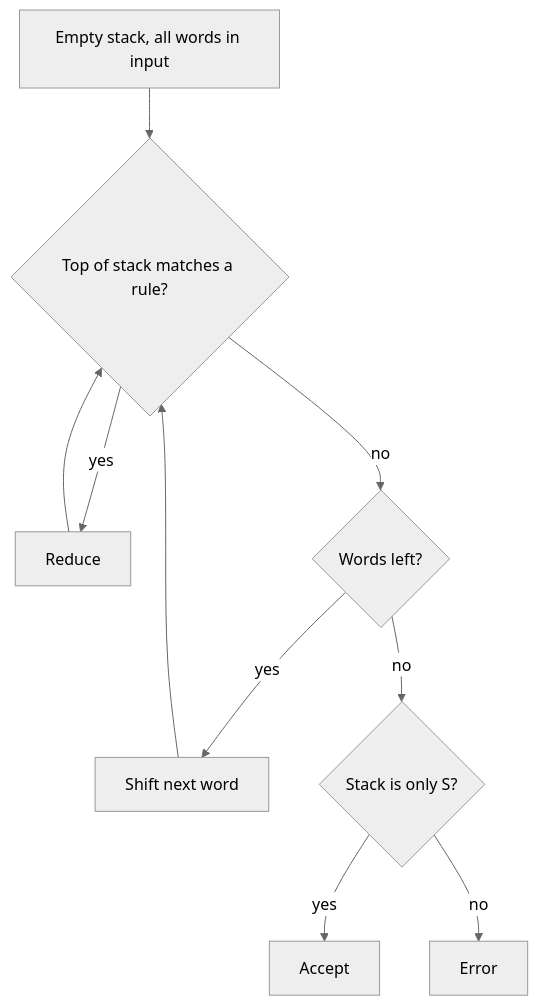
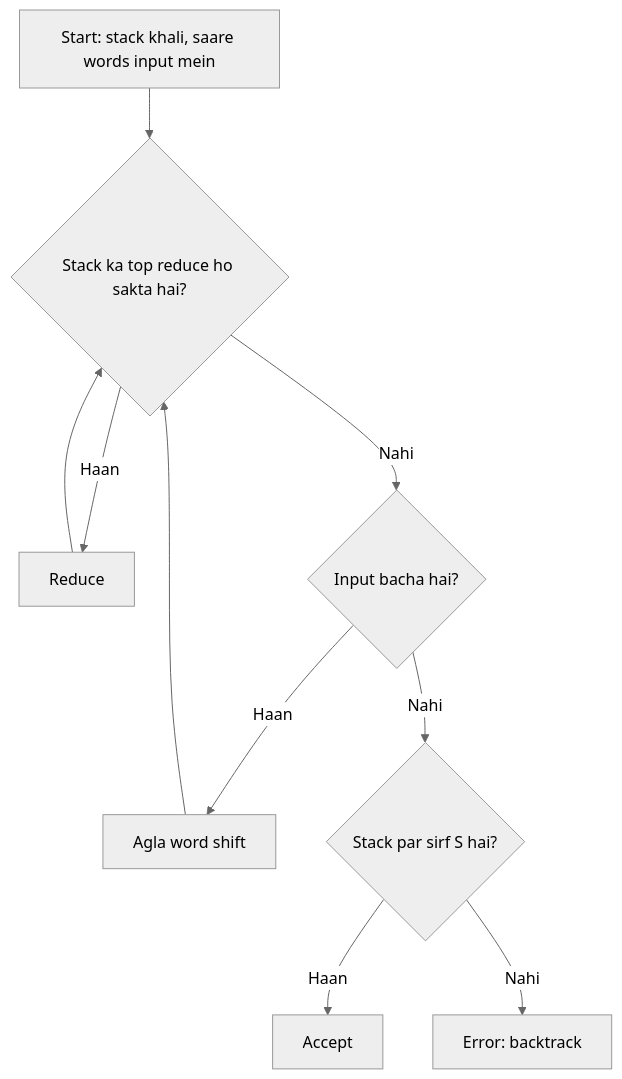
One commit to TrendySloth1001/sem-seven-notes changed the diagram in content/natural-language-processing/pyq/2025-05-ce/q3b.hi.mdx. Above: the diagram before and after it, drawn with Mermaid (neutral theme). The commit also changed other lines of this file and 406 other files, not shown here.

Commit message:
Rewrite all NLP notes and answers from the teachers' class files and add both class assignments with solutions. They cite only the class notes, solved PYQs, assignment solution and Module 6 slides, use 67 class figures, and drop the web references and Wikimedia images.

````diff
--- a/content/natural-language-processing/pyq/2025-05-ce/q3b.hi.mdx
+++ b/content/natural-language-processing/pyq/2025-05-ce/q3b.hi.mdx
@@ -16,13 +38,13 @@
 ```mermaid
-%% caption: Shift-reduce loop. Stack ka top rule se match kare to reduce, warna shift. Sirf S bache to accept.
+%% caption: Shift-reduce ka loop.
 flowchart TD
-  A["Empty stack, all words in input"] --> B{"Top of stack matches a rule?"}
-  B -->|"yes"| C["Reduce"]
-  B -->|"no"| D{"Words left?"}
-  D -->|"yes"| E["Shift next word"]
-  D -->|"no"| F{"Stack is only S?"}
-  F -->|"yes"| G["Accept"]
-  F -->|"no"| H["Error"]
+  A["Start: stack khali, saare words input mein"] --> B{"Stack ka top reduce ho sakta hai?"}
+  B -->|"Haan"| C["Reduce"]
+  B -->|"Nahi"| D{"Input bacha hai?"}
+  D -->|"Haan"| E["Agla word shift"]
+  D -->|"Nahi"| F{"Stack par sirf S hai?"}
+  F -->|"Haan"| G["Accept"]
+  F -->|"Nahi"| H["Error: backtrack"]
   C --> B
   E --> B
 ```
````
